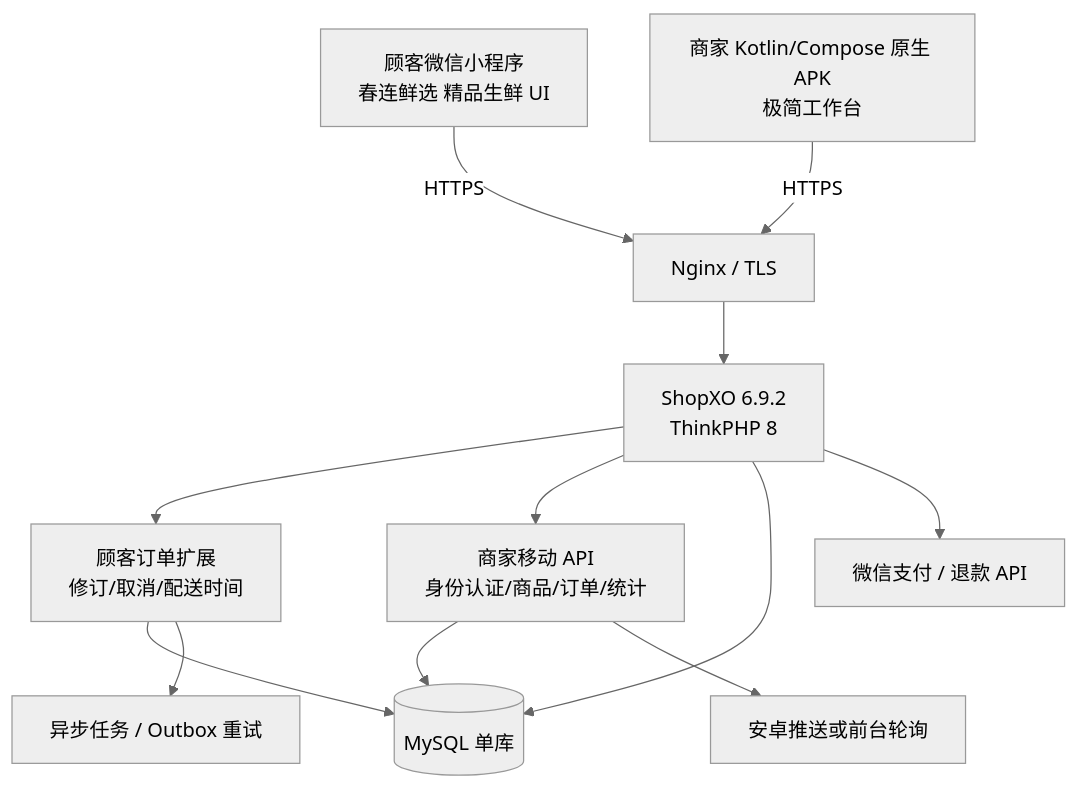
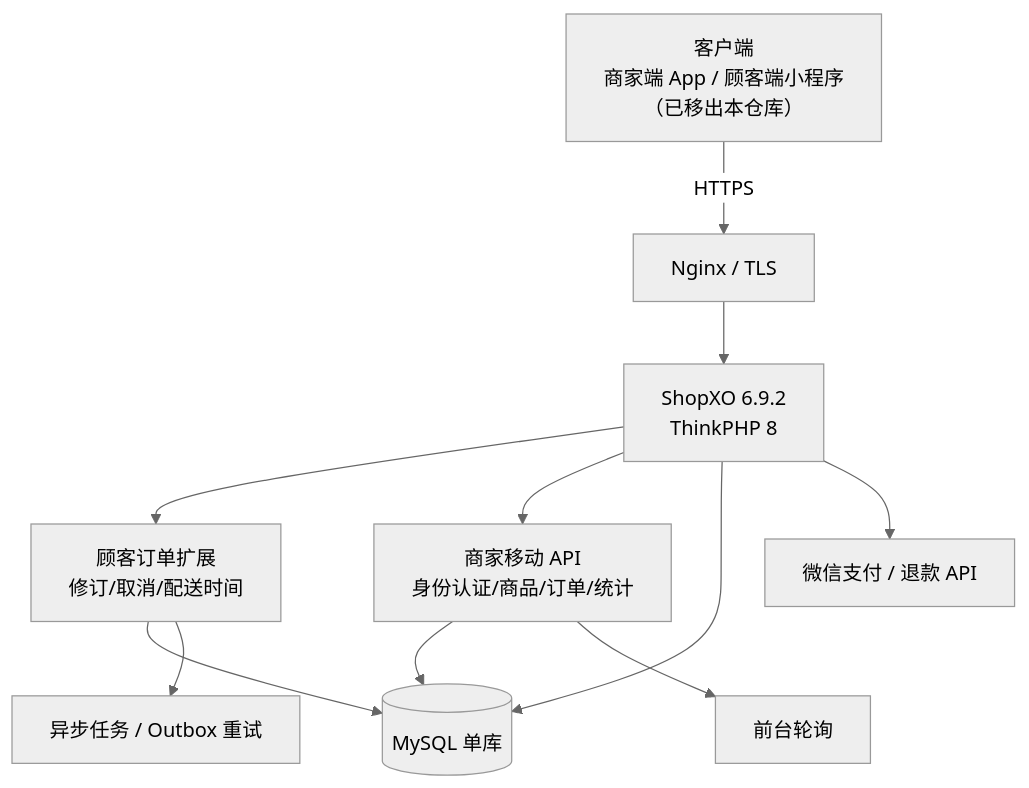
One commit to EDwinpzy/chunlian-fresh changed the diagram in docs/DEPLOYMENT.md. Above: the diagram before and after it, drawn with Mermaid (neutral theme). The commit also changed other lines of this file and 10 other files, not shown here.

````diff
--- a/docs/DEPLOYMENT.md
+++ b/docs/DEPLOYMENT.md
@@ -7,14 +10,13 @@
 ```mermaid
 flowchart TB
-  A[顾客微信小程序<br/>春连鲜选 精品生鲜 UI] -->|HTTPS| N[Nginx / TLS]
-  B[商家 Kotlin/Compose 原生 APK<br/>极简工作台] -->|HTTPS| N
+  A[客户端<br/>商家端 App / 顾客端小程序<br/>（已移出本仓库）] -->|HTTPS| N[Nginx / TLS]
   N --> C[ShopXO 6.9.2<br/>ThinkPHP 8]
   C --> D[顾客订单扩展<br/>修订/取消/配送时间]
   C --> E[商家移动 API<br/>身份认证/商品/订单/统计]
   D --> F[(MySQL 单库)]
   E --> F
   C --> F
   C --> G[微信支付 / 退款 API]
   D --> H[异步任务 / Outbox 重试]
-  E --> I[安卓推送或前台轮询]
+  E --> I[前台轮询]
 ```
````
